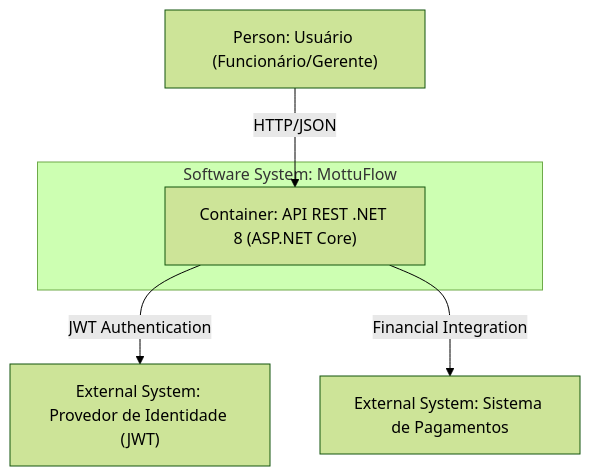
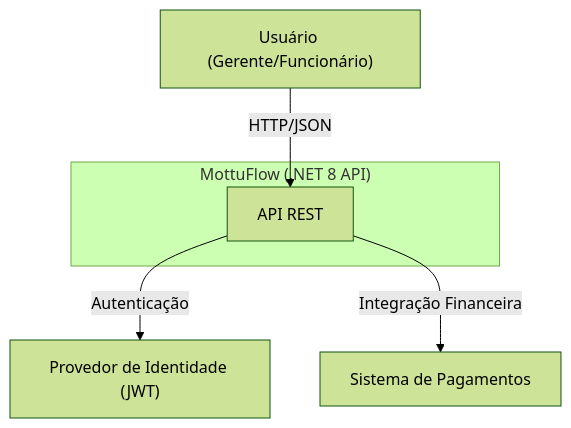
The first of 3 diagrams in README.md (leomotalima/MottuFlow-Sprint4), drawn with Mermaid (forest theme) before and after one commit. The commit also changed other lines of this file, not shown here.

````diff
--- a/README.md
+++ b/README.md
@@ -42,20 +39,14 @@
 ```mermaid
+graph TB
+    user["Usuário (Gerente/Funcionário)"]
+    extIdP["Provedor de Identidade (JWT)"]
+    extPay["Sistema de Pagamentos"]
 
-graph TB
-    %% Nós externos
-    user["Person: Usuário (Funcionário/Gerente)"]
-    extIdP["External System: Provedor de Identidade (JWT)"]
-    extPay["External System: Sistema de Pagamentos"]
-
-    %% Sistema principal (subgraph)
-    subgraph mottu["Software System: MottuFlow"]
-        api["Container: API REST .NET 8 (ASP.NET Core)"]
+    subgraph mottu["MottuFlow (.NET 8 API)"]
+        api["API REST"]
     end
 
-    %% Relacionamentos
     user -->|HTTP/JSON| api
-    api -->|JWT Authentication| extIdP
-    api -->|Financial Integration| extPay
-
-
+    api -->|Autenticação| extIdP
+    api -->|Integração Financeira| extPay
 ```
````
